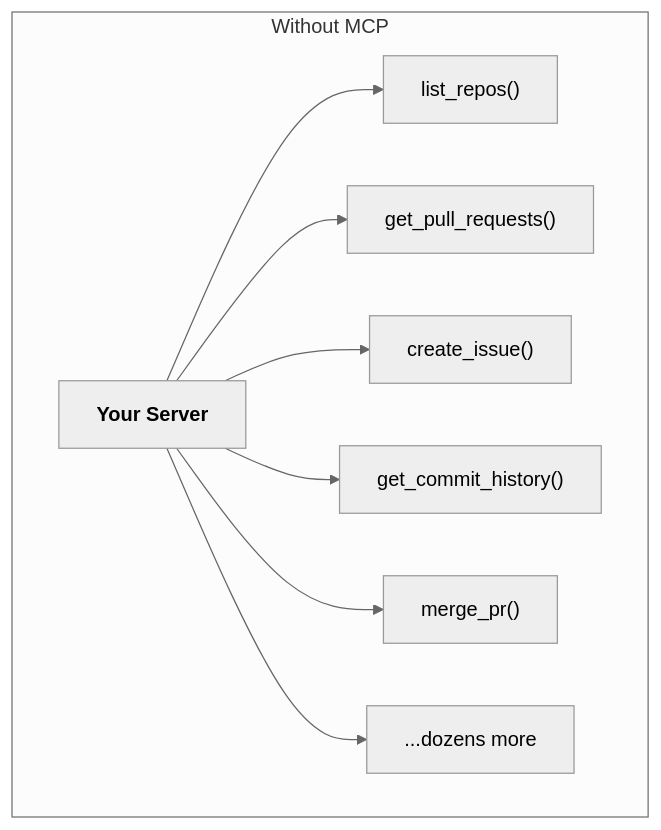
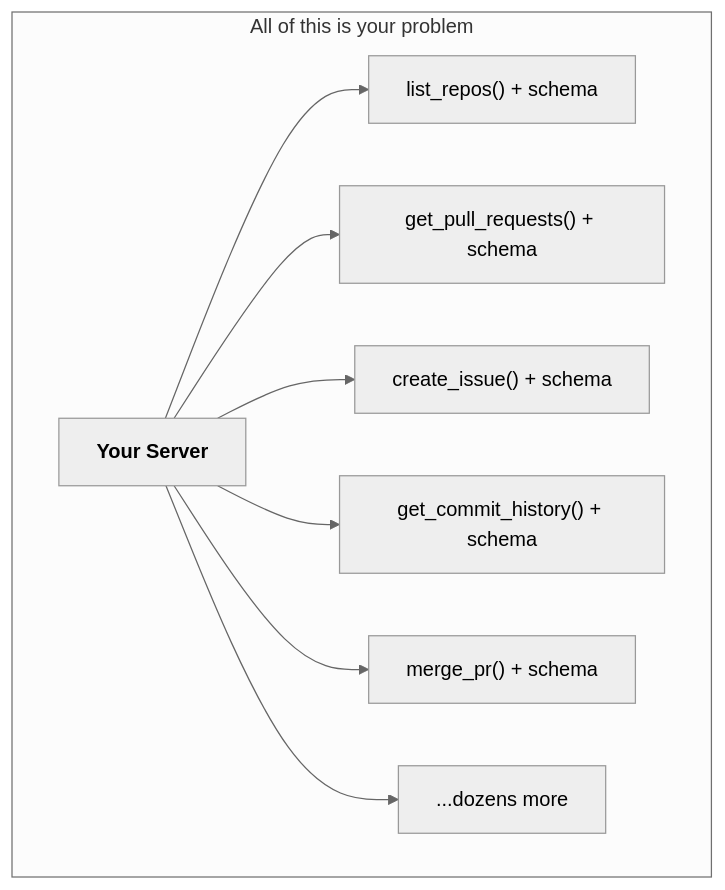
The first of 12 diagrams in 02-Building-with-the-Claude-API/07-Model-Context-Protocol.md (shreyabaid007/Claude-Certified-Architect), drawn with Mermaid (neutral theme) before and after one commit. The commit also changed other lines of this file, not shown here.

First line of the commit message:
Rewrite MCP notes as a teaching narrative

````diff
--- a/02-Building-with-the-Claude-API/07-Model-Context-Protocol.md
+++ b/02-Building-with-the-Claude-API/07-Model-Context-Protocol.md
@@ -17,11 +7,12 @@
 ```mermaid
 flowchart TD
-    subgraph WITHOUT ["Without MCP"]
-        A1["<b>Your Server</b>"] --> B1["list_repos()"]
-        A1 --> B2["get_pull_requests()"]
-        A1 --> B3["create_issue()"]
-        A1 --> B4["get_commit_history()"]
-        A1 --> B5["merge_pr()"]
-        A1 --> B6["...dozens more"]
+    subgraph YOUR_CODE ["All of this is your problem"]
+        A["<b>Your Server</b>"]
+        A --> B1["list_repos() + schema"]
+        A --> B2["get_pull_requests() + schema"]
+        A --> B3["create_issue() + schema"]
+        A --> B4["get_commit_history() + schema"]
+        A --> B5["merge_pr() + schema"]
+        A --> B6["...dozens more"]
     end
 ```
````
